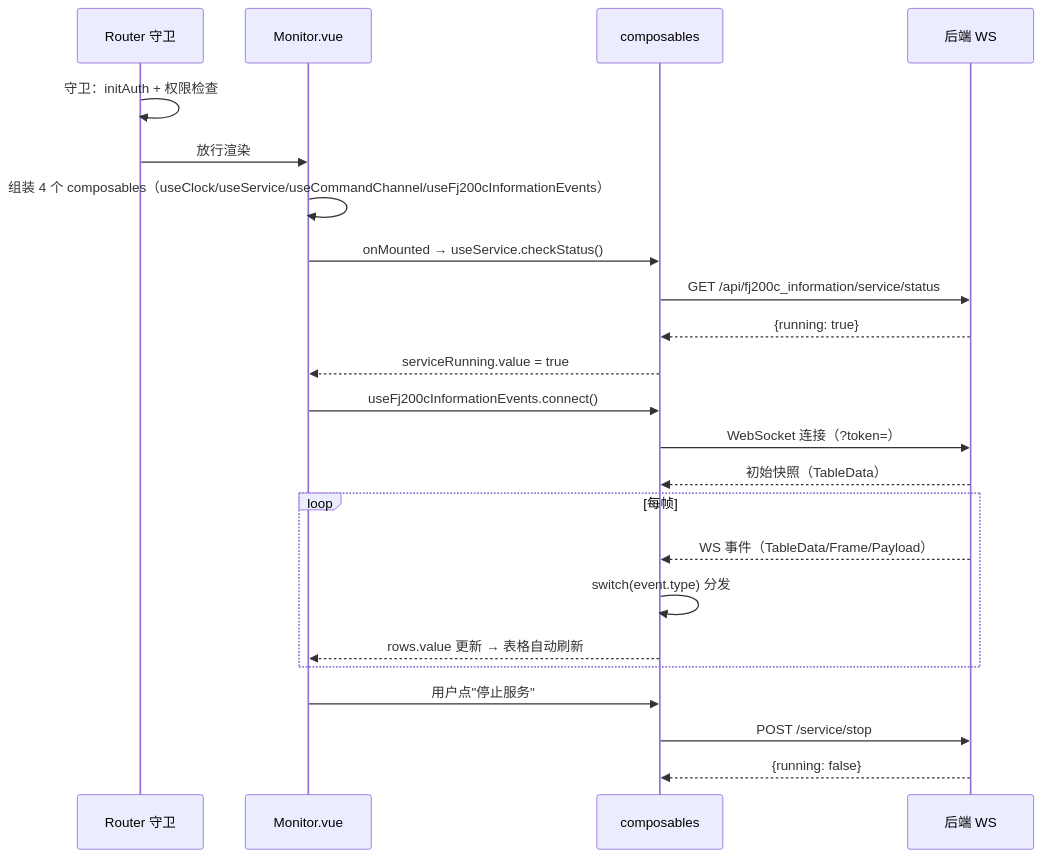
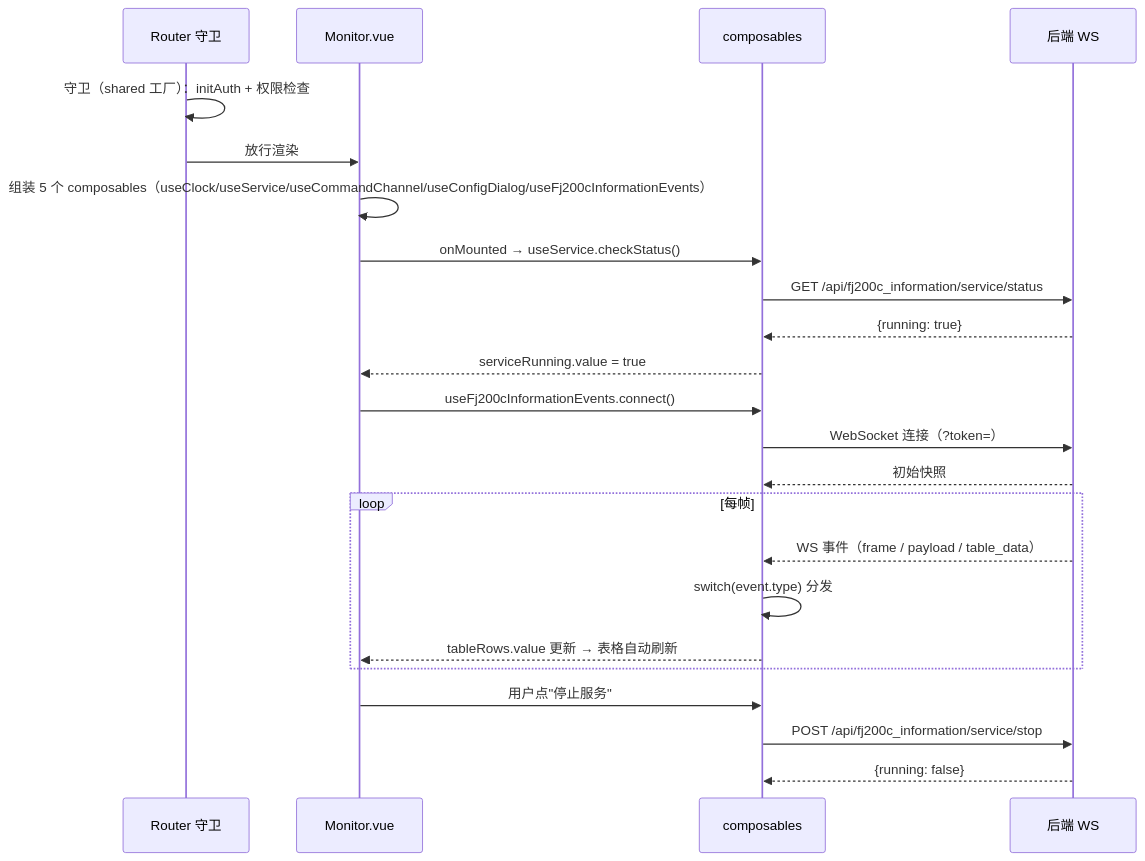
The sixth of 6 diagrams in docs/tutorial/04-Vue3与TS语法速成.md (3123958139/RustWeb-Vue), drawn with Mermaid before and after one commit. The commit also changed other lines of this file and 8 other files, not shown here.

````diff
--- a/docs/tutorial/04-Vue3与TS语法速成.md
+++ b/docs/tutorial/04-Vue3与TS语法速成.md
@@ -1764,25 +2210,25 @@
 ```mermaid
 sequenceDiagram
     participant R as Router 守卫
     participant M as Monitor.vue
     participant H as composables
     participant S as 后端 WS
-    R->>R: 守卫：initAuth + 权限检查
+    R->>R: 守卫（shared 工厂）：initAuth + 权限检查
     R->>M: 放行渲染
-    M->>M: 组装 4 个 composables（useClock/useService/useCommandChannel/useFj200cInformationEvents）
+    M->>M: 组装 5 个 composables（useClock/useService/useCommandChannel/useConfigDialog/useFj200cInformationEvents）
     M->>H: onMounted → useService.checkStatus()
     H->>S: GET /api/fj200c_information/service/status
     S-->>H: {running: true}
     H-->>M: serviceRunning.value = true
     M->>H: useFj200cInformationEvents.connect()
     H->>S: WebSocket 连接（?token=）
-    S-->>H: 初始快照（TableData）
+    S-->>H: 初始快照
     loop 每帧
-        S-->>H: WS 事件（TableData/Frame/Payload）
+        S-->>H: WS 事件（frame / payload / table_data）
         H->>H: switch(event.type) 分发
-        H-->>M: rows.value 更新 → 表格自动刷新
+        H-->>M: tableRows.value 更新 → 表格自动刷新
     end
     M->>H: 用户点"停止服务"
-    H->>S: POST /service/stop
+    H->>S: POST /api/fj200c_information/service/stop
     S-->>H: {running: false}
 ```
````
